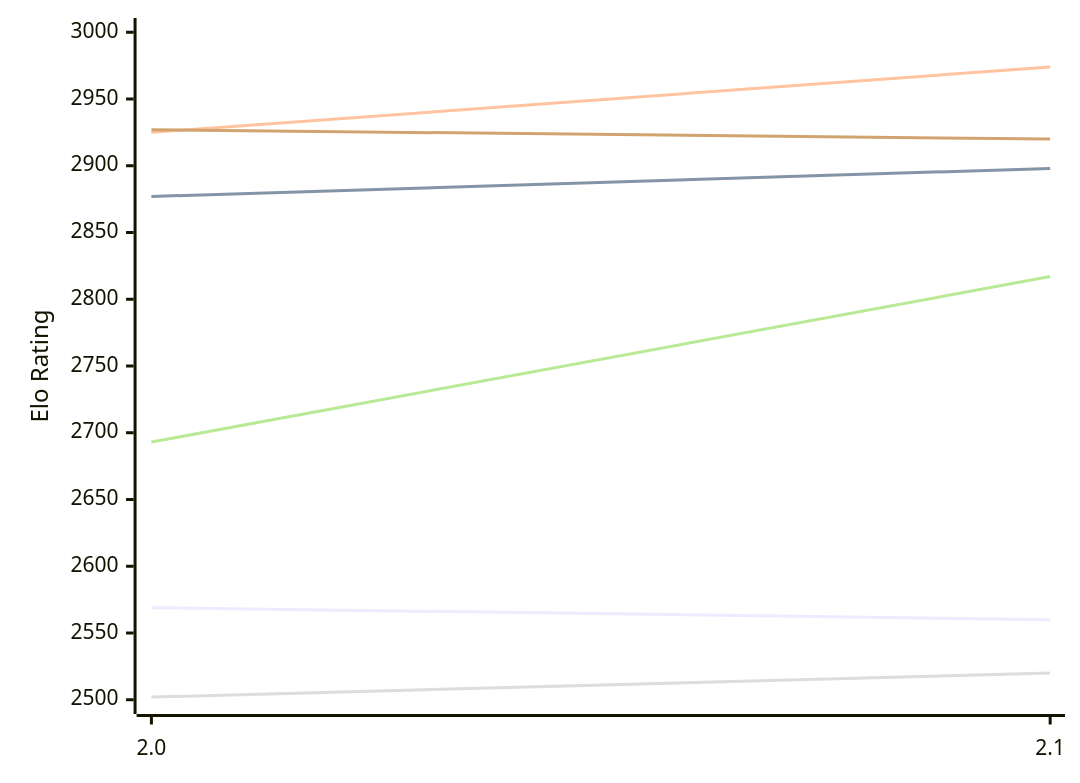
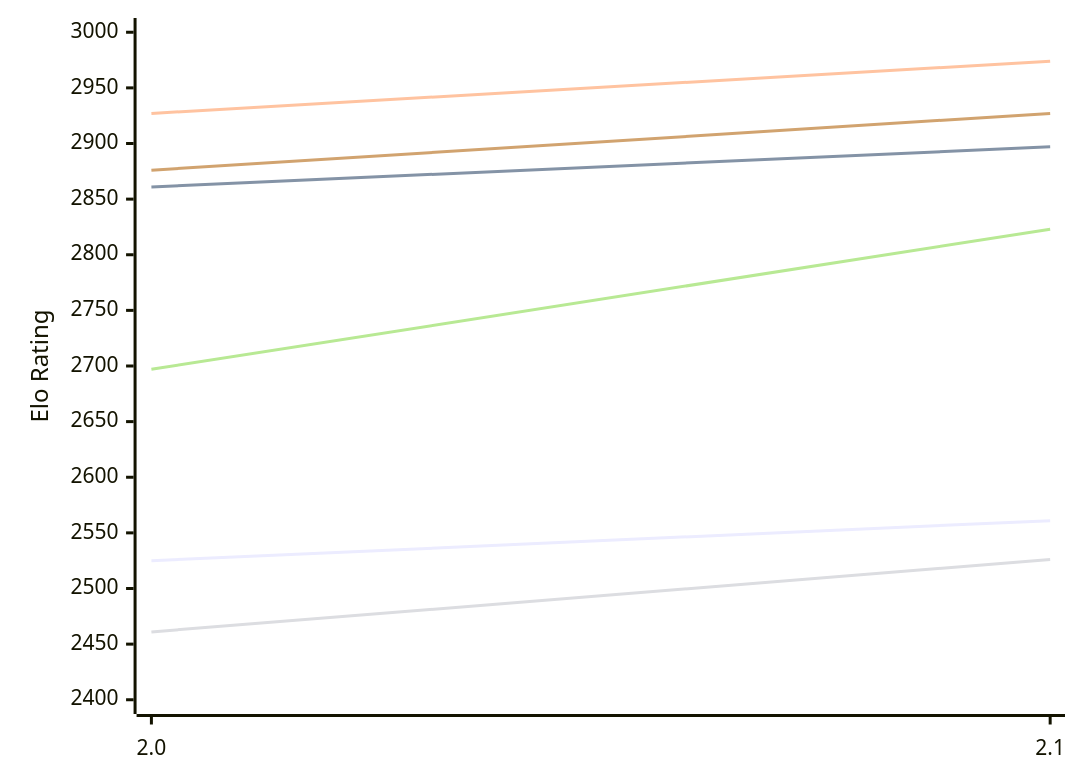
One commit to computer-chess-index/cci changed the first of 2 diagrams in engines/Noggin.md. Above: the diagram before and after it, drawn with Mermaid. The commit also changed other lines of this file, not shown here.

Commit message:
Update CCI Ratings (ELO VLTC) - 2026-11-17

````diff
--- a/engines/Noggin.md
+++ b/engines/Noggin.md
@@ -50,12 +50,12 @@
 ```mermaid
 %%{init: {"theme":"base","themeVariables":{"seriesColors:['#a3a3a3','#222221','#faa371']}}}%%
 xychart-beta
   x-axis ["2.0", "2.1"]
-  y-axis "Elo Rating" 2500 --> 3000
-  line "E1: STC (8.0+0.08s)" [2569, 2560]
-  line "E1: LTC (60.0+0.60s)" [2877, 2898]
-  line "E1: VLTC (2m24s+1.12s)" [2925, 2974]
-  line "P1: STC (8.0+0.08s)" [2502, 2520]
-  line "P1: LTC (60.0+0.60s)" [2693, 2817]
-  line "P1: VLTC (2m24s+1.12s)" [2927, 2920]
+  y-axis "Elo Rating" 2400 --> 3000
+  line "E1: STC (8.0+0.08s)" [2525, 2561]
+  line "E1: LTC (60.0+0.60s)" [2861, 2897]
+  line "E1: VLTC (2m24s+1.12s)" [2927, 2974]
+  line "P1: STC (8.0+0.08s)" [2461, 2526]
+  line "P1: LTC (60.0+0.60s)" [2697, 2823]
+  line "P1: VLTC (2m24s+1.12s)" [2876, 2927]
 ```
````
